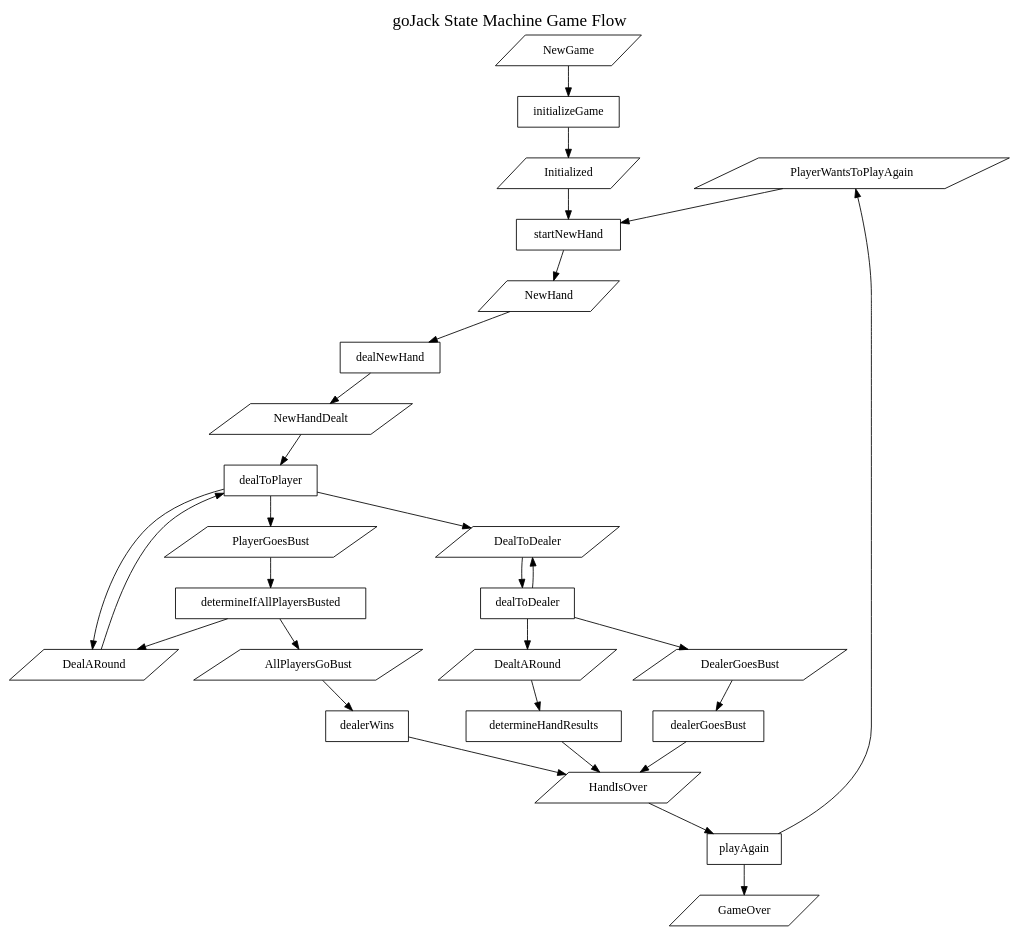
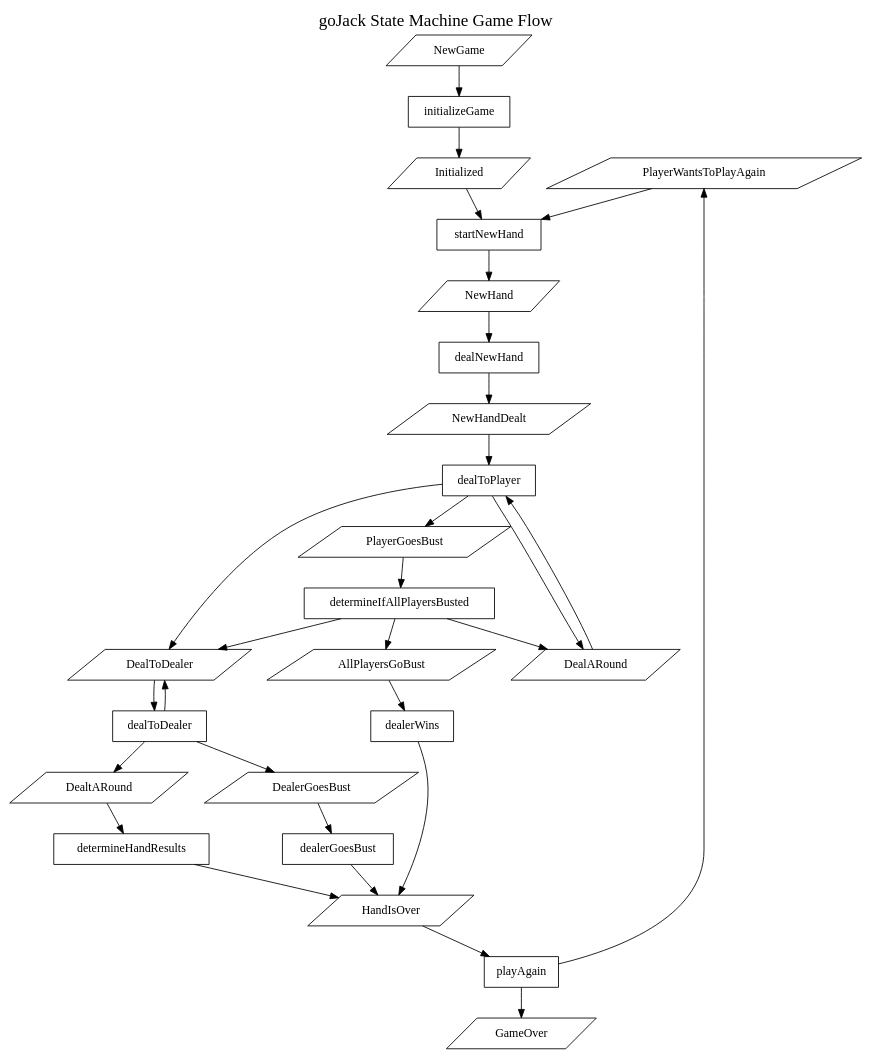
Before and after one commit to matthewapeters/goJack: the diagram in dot/state-diagram.dot, drawn with Graphviz. The commit also changed 2 other files, not shown here.

Commit message:
correct logic in determineIfAllPlayersBusted (edge - all players dealt, but last player goes bust)

```diff
--- a/dot/state-diagram.dot
+++ b/dot/state-diagram.dot
@@ -1,48 +1,48 @@
 
 #
 # This file is created through the execution of graph-game
 # do not edit this file.
 #
 # Copyright (c) Matthew Peters, 2023
 #
 digraph {
     labelloc=t
     fontsize=20
     label="goJack State Machine Game Flow"
     rankdir="TB"
     PlayerWantsToPlayAgain [shape="parallelogram"]
     PlayerGoesBust [shape="parallelogram"]
     NewHandDealt [shape="parallelogram"]
     NewHand [shape="parallelogram"]
     NewGame [shape="parallelogram"]
     Initialized [shape="parallelogram"]
     HandIsOver [shape="parallelogram"]
     GameOver [shape="parallelogram"]
     DealtARound [shape="parallelogram"]
     DealerGoesBust [shape="parallelogram"]
     DealToDealer [shape="parallelogram"]
     DealARound [shape="parallelogram"]
     AllPlayersGoBust [shape="parallelogram"]
 
     playAgain [shape="box"]
     determineHandResults [shape="box"]
     dealerWins [shape="box"]
     dealerGoesBust [shape="box"]
     determineIfAllPlayersBusted [shape="box"]
     dealToDealer [shape="box"]
     dealToPlayer [shape="box"]
     dealNewHand [shape="box"]
     startNewHand [shape="box"]
     initializeGame [shape="box"]
 
     { HandIsOver } -> playAgain -> { PlayerWantsToPlayAgain GameOver }
     { DealtARound } -> determineHandResults -> { HandIsOver }
     { AllPlayersGoBust } -> dealerWins -> { HandIsOver }
     { DealerGoesBust } -> dealerGoesBust -> { HandIsOver }
-    { PlayerGoesBust } -> determineIfAllPlayersBusted -> { DealARound AllPlayersGoBust }
+    { PlayerGoesBust } -> determineIfAllPlayersBusted -> { DealARound DealToDealer AllPlayersGoBust }
     { DealToDealer } -> dealToDealer -> { DealToDealer DealtARound DealerGoesBust }
     { DealARound NewHandDealt } -> dealToPlayer -> { DealARound PlayerGoesBust DealToDealer }
     { NewHand } -> dealNewHand -> { NewHandDealt }
     { Initialized PlayerWantsToPlayAgain } -> startNewHand -> { NewHand }
     { NewGame } -> initializeGame -> { Initialized }
 }
```
